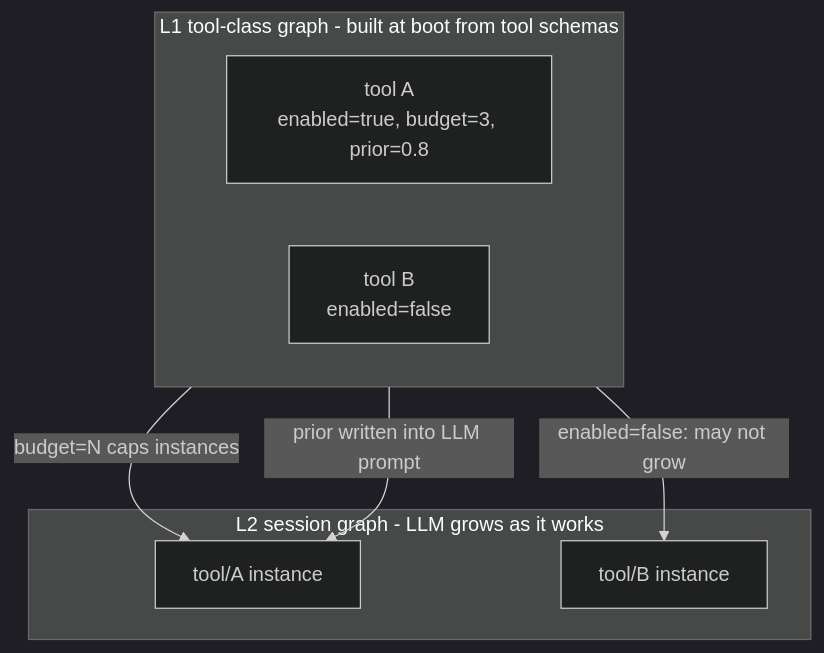
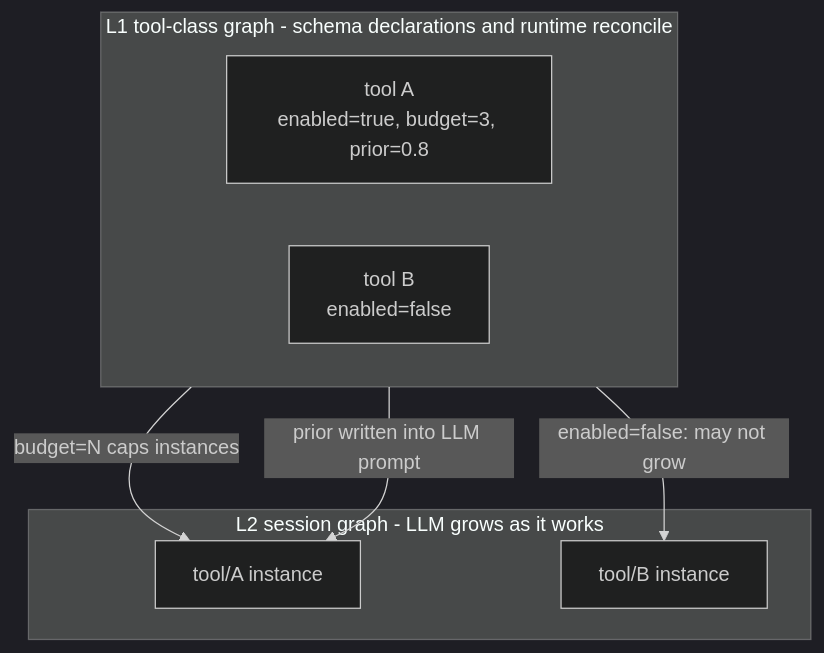
Before and after one commit to Timwood0x10/ARES: the seventh of 26 diagrams in docs/system-internals.en.md, drawn with Mermaid (dark theme). The commit also changed other lines of this file and 4 other files, not shown here.

````diff
--- a/docs/system-internals.en.md
+++ b/docs/system-internals.en.md
@@ -902,14 +1023,14 @@
 ```mermaid
 flowchart TB
-    subgraph L1[L1 tool-class graph - built at boot from tool schemas]
+    subgraph L1[L1 tool-class graph - schema declarations and runtime reconcile]
         toolA[tool A<br/>enabled=true, budget=3, prior=0.8]
         toolB[tool B<br/>enabled=false]
     end
     subgraph L2[L2 session graph - LLM grows as it works]
         n1[tool/A instance]
         n2[tool/B instance]
     end
     L1 -->|enabled=false: may not grow| n2
     L1 -->|budget=N caps instances| n1
     L1 -->|prior written into LLM prompt| n1
 ```
````
